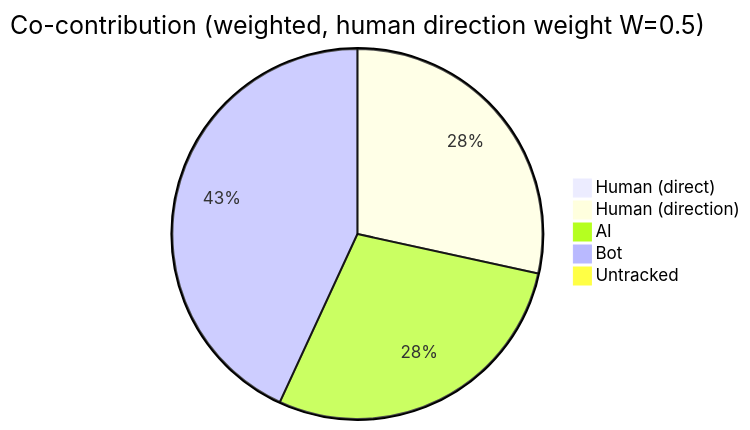
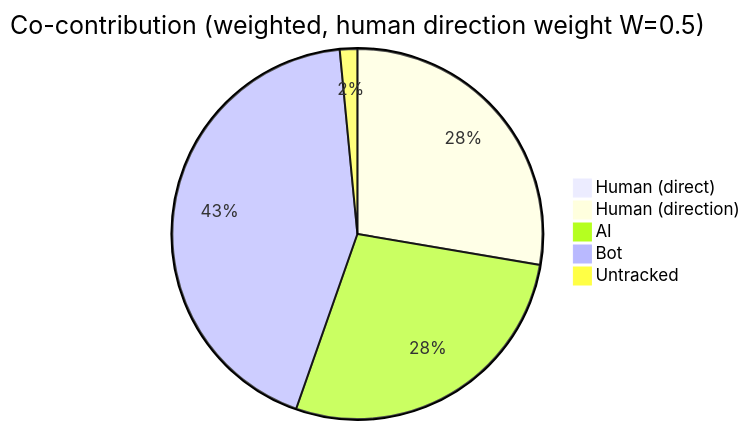
One commit to CaliMark/ai-authorship changed the first of 4 diagrams in AI-AUTHORSHIP.md. Above: the diagram before and after it, drawn with Mermaid. The commit also changed other lines of this file and 1 other file, not shown here.

````diff
--- a/AI-AUTHORSHIP.md
+++ b/AI-AUTHORSHIP.md
@@ -23,8 +23,8 @@
 ```mermaid
 pie title Co-contribution (weighted, human direction weight W=0.5)
     "Human (direct)" : 0
-    "Human (direction)" : 1440
-    "AI" : 1441
-    "Bot" : 2184
-    "Untracked" : 50
+    "Human (direction)" : 1452
+    "AI" : 1453
+    "Bot" : 2262
+    "Untracked" : 80
 ```
````
